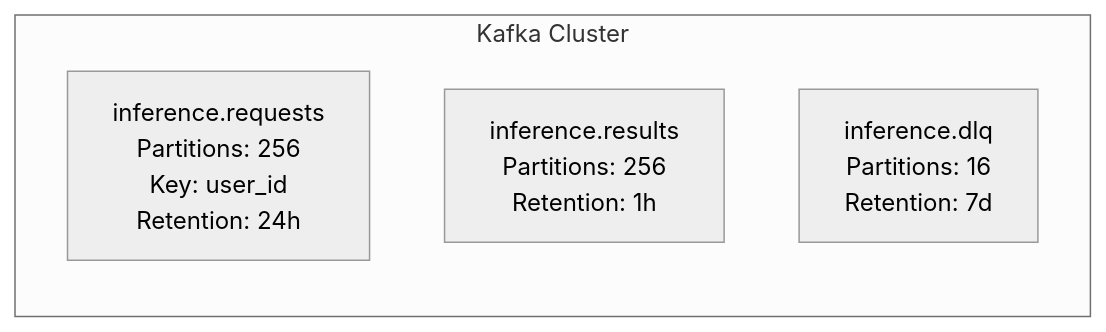
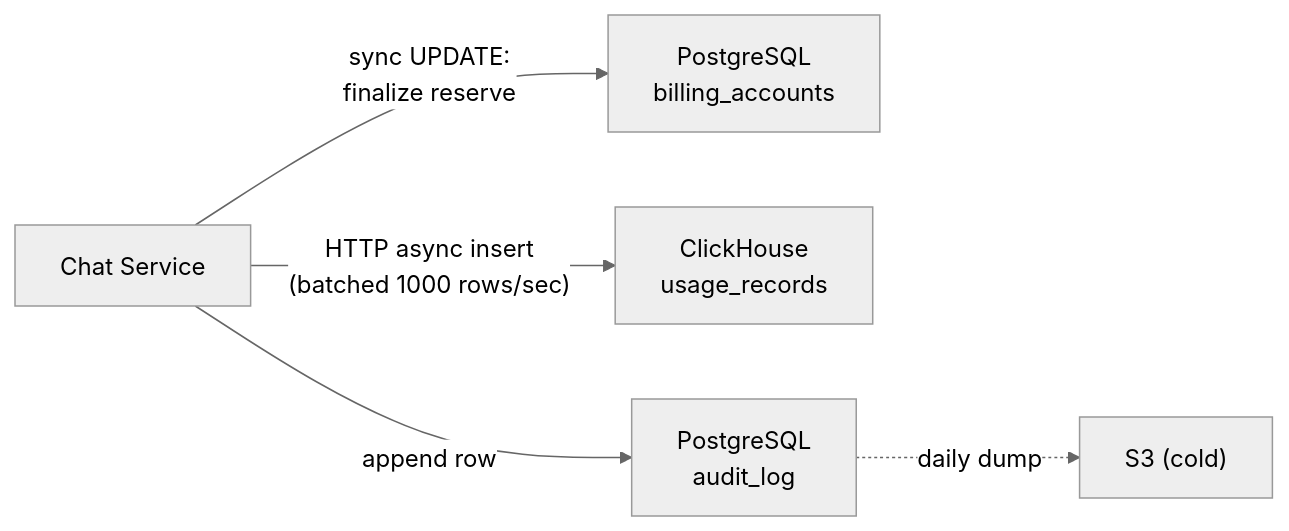
One commit to yaksase/highload_hse changed the seventh of 8 diagrams in README.md. Above: the diagram before and after it, drawn with Mermaid (neutral theme). The commit also changed other lines of this file and 35 other files, not shown here.

````diff
--- a/README.md
+++ b/README.md
@@ -1229,8 +1605,7 @@
 ```mermaid
 graph LR
-    subgraph Kafka["Kafka Cluster"]
-        T1["inference.requests<br/>Partitions: 256<br/>Key: user_id<br/>Retention: 24h"]
-        T2["inference.results<br/>Partitions: 256<br/>Retention: 1h"]
-        T3["inference.dlq<br/>Partitions: 16<br/>Retention: 7d"]
-    end
+    Chat["Chat Service"] -->|"sync UPDATE:<br/>finalize reserve"| PG["PostgreSQL<br/>billing_accounts"]
+    Chat -->|"HTTP async insert<br/>(batched 1000 rows/sec)"| CH["ClickHouse<br/>usage_records"]
+    Chat -->|"append row"| Audit["PostgreSQL<br/>audit_log"]
+    Audit -.->|"daily dump"| S3["S3 (cold)"]
 ```
````
